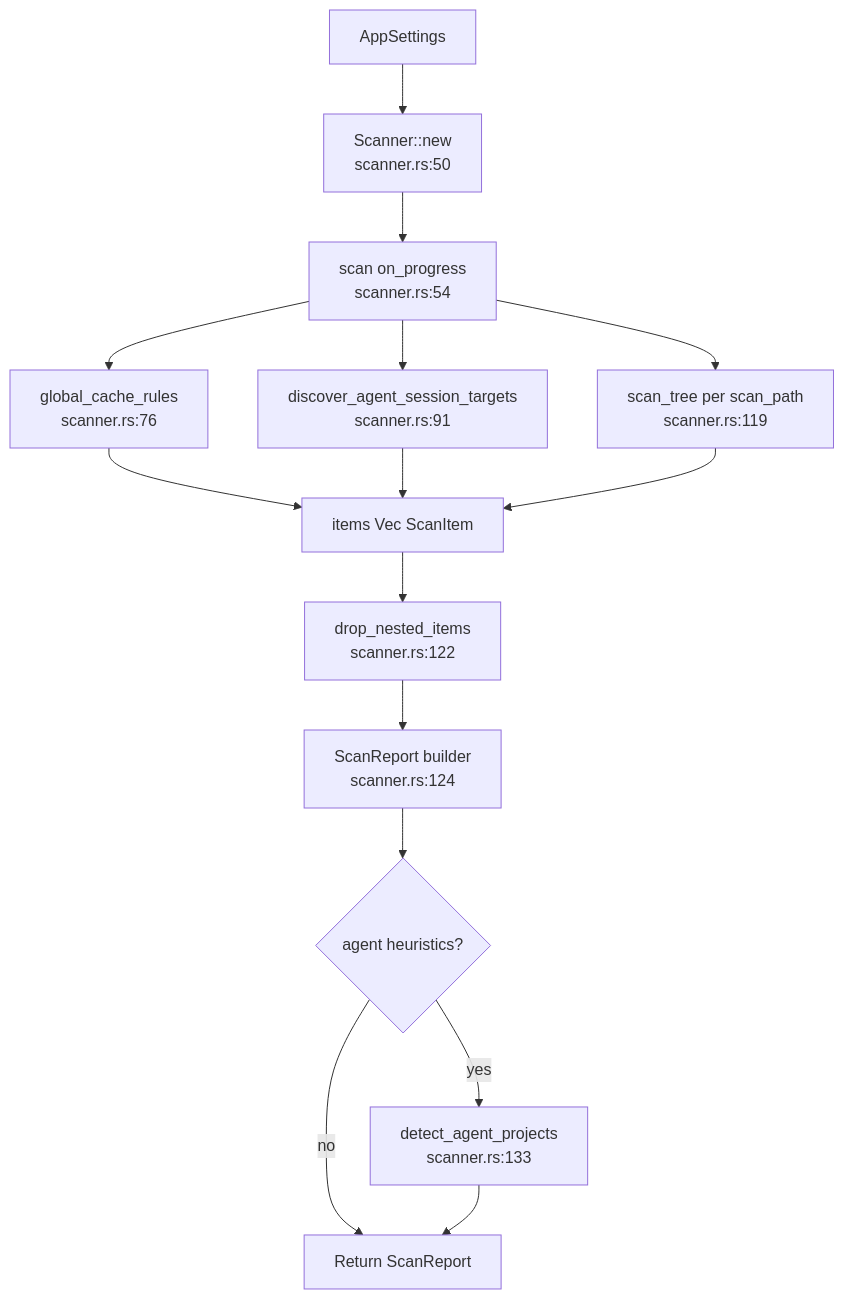
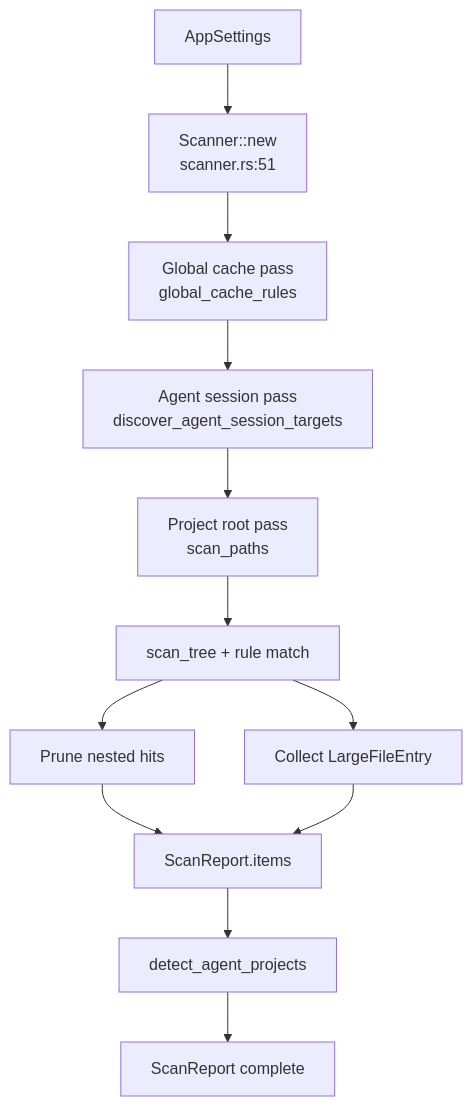
Before and after one commit to sopaco/CLV3000-Plus: the diagram in .terrain/human/4.Deep-Exploration/scanner.md, drawn with Mermaid. The commit also changed other lines of this file and 55 other files, not shown here.

````diff
--- a/.terrain/human/4.Deep-Exploration/scanner.md
+++ b/.terrain/human/4.Deep-Exploration/scanner.md
@@ -52,17 +47,14 @@
 ```mermaid
 flowchart TD
-    A["AppSettings"] --> B["Scanner::new<br/>scanner.rs:50"]
-    B --> C["scan on_progress<br/>scanner.rs:54"]
-    C --> D["global_cache_rules<br/>scanner.rs:76"]
-    C --> E["discover_agent_session_targets<br/>scanner.rs:91"]
-    C --> F["scan_tree per scan_path<br/>scanner.rs:119"]
-    D --> G["items Vec ScanItem"]
-    E --> G
-    F --> G
-    G --> H["drop_nested_items<br/>scanner.rs:122"]
-    H --> I["ScanReport builder<br/>scanner.rs:124"]
-    I --> J{"agent heuristics?"}
-    J -->|yes| K["detect_agent_projects<br/>scanner.rs:133"]
-    J -->|no| L["Return ScanReport"]
-    K --> L
+    A["AppSettings"] --> B["Scanner::new<br/>scanner.rs:51"]
+    B --> C["Global cache pass<br/>global_cache_rules"]
+    C --> D["Agent session pass<br/>discover_agent_session_targets"]
+    D --> E["Project root pass<br/>scan_paths"]
+    E --> F["scan_tree + rule match"]
+    F --> G["Prune nested hits"]
+    F --> H["Collect LargeFileEntry"]
+    G --> I["ScanReport.items"]
+    H --> I
+    I --> J["detect_agent_projects"]
+    J --> K["ScanReport complete"]
 ```
````
